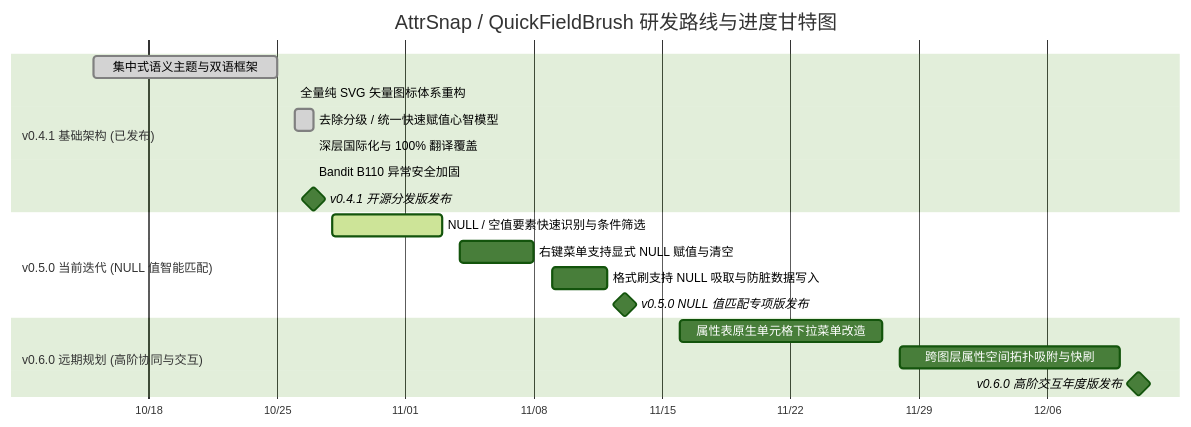
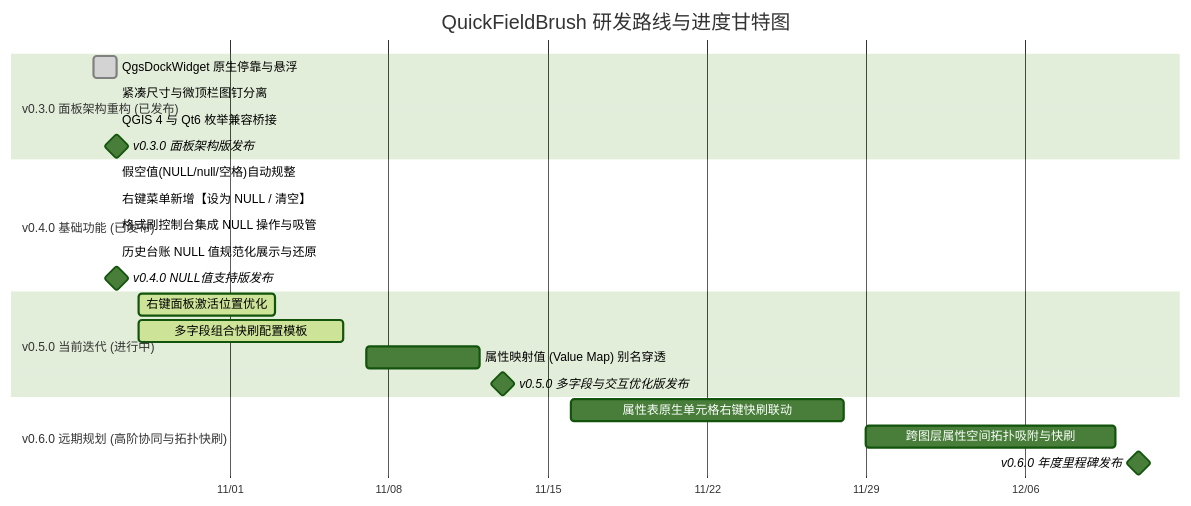
Before and after one commit to OpenQGIS/QuickFieldBrush: the diagram in ROADMAP.md, drawn with Mermaid (forest theme). The commit also changed other lines of this file and 18 other files, not shown here.

First line of the commit message:
feat: release v0.4.0 with NULL value support and High-DPI click accuracy fix

````diff
--- a/ROADMAP.md
+++ b/ROADMAP.md
@@ -10,26 +9,31 @@
 ```mermaid
 gantt
-    title AttrSnap / QuickFieldBrush 研发路线与进度甘特图
+    title QuickFieldBrush 研发路线与进度甘特图
     dateFormat  YYYY-MM-DD
     axisFormat  %m/%d
     todayMarker stroke-width:2px,stroke:#2563EB,opacity:0.8
 
-    section v0.4.1 基础架构 (已发布)
-    集中式语义主题与双语框架           :done,    t1, 2026-10-15, 2026-10-25
-    全量纯 SVG 矢量图标体系重构       :done,    t2, 2026-10-26, 2026-10-26
-    去除分级 / 统一快速赋值心智模型   :done,    t3, 2026-10-26, 2026-10-27
-    深层国际化与 100% 翻译覆盖        :done,    t4, 2026-10-27, 2026-10-27
-    Bandit B110 异常安全加固          :done,    t5, 2026-10-27, 2026-10-27
-    v0.4.1 开源分发版发布             :milestone, m1, 2026-10-27, 0d
+    section v0.3.0 面板架构重构 (已发布)
+    QgsDockWidget 原生停靠与悬浮     :done,    t1, 2026-10-26, 2026-10-27
+    紧凑尺寸与微顶栏图钉分离         :done,    t2, 2026-10-27, 2026-10-27
+    QGIS 4 与 Qt6 枚举兼容桥接       :done,    t3, 2026-10-27, 2026-10-27
+    v0.3.0 面板架构版发布           :milestone, m1, 2026-10-27, 0d
 
-    section v0.5.0 当前迭代 (NULL 值智能匹配)
-    NULL / 空值要素快速识别与条件筛选 :active,  t6, 2026-10-28, 2026-11-03
-    右键菜单支持显式 NULL 赋值与清空   :         t7, 2026-11-04, 2026-11-08
-    格式刷支持 NULL 吸取与防脏数据写入 :         t8, 2026-11-09, 2026-11-12
-    v0.5.0 NULL 值匹配专项版发布       :milestone, m2, 2026-11-13, 0d
+    section v0.4.0 基础功能 (已发布)
+    假空值(NULL/null/空格)自动规整   :done,    t4, 2026-10-27, 2026-10-27
+    右键菜单新增【设为 NULL / 清空】 :done,    t5, 2026-10-27, 2026-10-27
+    格式刷控制台集成 NULL 操作与吸管 :done,    t6, 2026-10-27, 2026-10-27
+    历史台账 NULL 值规范化展示与还原 :done,    t7, 2026-10-27, 2026-10-27
+    v0.4.0 NULL值支持版发布          :milestone, m2, 2026-10-27, 0d
 
-    section v0.6.0 远期规划 (高阶协同与交互)
-    属性表原生单元格下拉菜单改造       :         t9, 2026-11-16, 2026-11-27
-    跨图层属性空间拓扑吸附与快刷       :         t10, 2026-11-28, 2026-12-10
-    v0.6.0 高阶交互年度版发布          :milestone, m3, 2026-12-11, 0d
+    section v0.5.0 当前迭代 (进行中)
+    右键面板激活位置优化             :active,  t_pos, 2026-10-28, 2026-11-03
+    多字段组合快刷配置模板           :active,  t8, 2026-10-28, 2026-11-06
+    属性映射值 (Value Map) 别名穿透  :         t9, 2026-11-07, 2026-11-12
+    v0.5.0 多字段与交互优化版发布    :milestone, m3, 2026-11-13, 0d
+
+    section v0.6.0 远期规划 (高阶协同与拓扑快刷)
+    属性表原生单元格右键快刷联动     :         t10, 2026-11-16, 2026-11-28
+    跨图层属性空间拓扑吸附与快刷     :         t11, 2026-11-29, 2026-12-10
+    v0.6.0 年度里程碑发布            :milestone, m4, 2026-12-11, 0d
 ```
````
